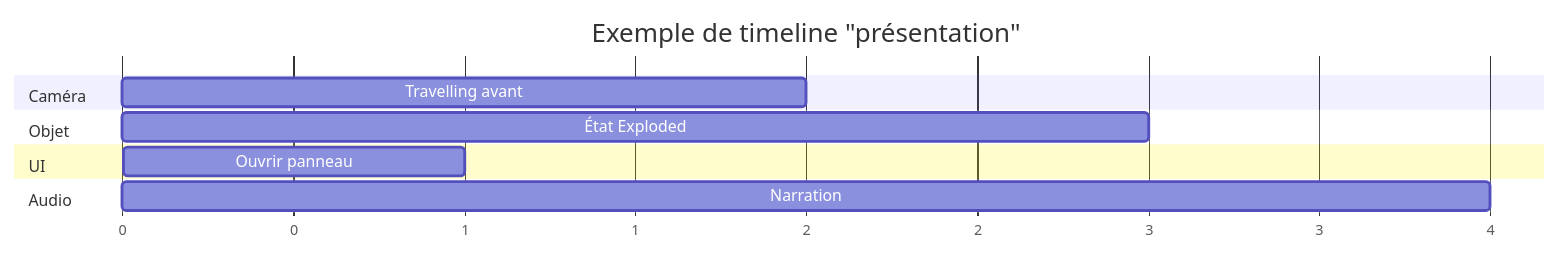
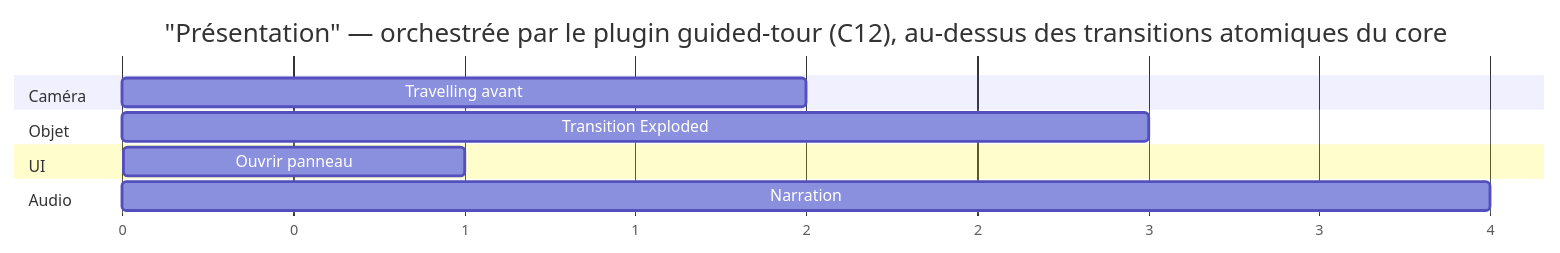
One commit to GabMDA/explorer-engine changed the second of 4 diagrams in docs/11-animation-engine.md. Above: the diagram before and after it, drawn with Mermaid. The commit also changed other lines of this file and 1 other file, not shown here.

Commit message:
docs: coherence pass — remove residual 'Focus state' and clarify timeline scenario ownership
Claude-Session: https://claude.ai/code/session_01NCuU8VMeMLUiVZvWmKwfEG

````diff
--- a/docs/11-animation-engine.md
+++ b/docs/11-animation-engine.md
@@ -62,14 +62,14 @@
 ```mermaid
 gantt
-    title Exemple de timeline "présentation"
+    title "Présentation" — orchestrée par le plugin guided-tour (C12), au-dessus des transitions atomiques du core
     dateFormat  X
     axisFormat %s
     section Caméra
     Travelling avant      :0, 2
     section Objet
-    État Exploded         :1, 3
+    Transition Exploded   :1, 3
     section UI
     Ouvrir panneau        :3, 1
     section Audio
     Narration             :1, 4
 ```
````
